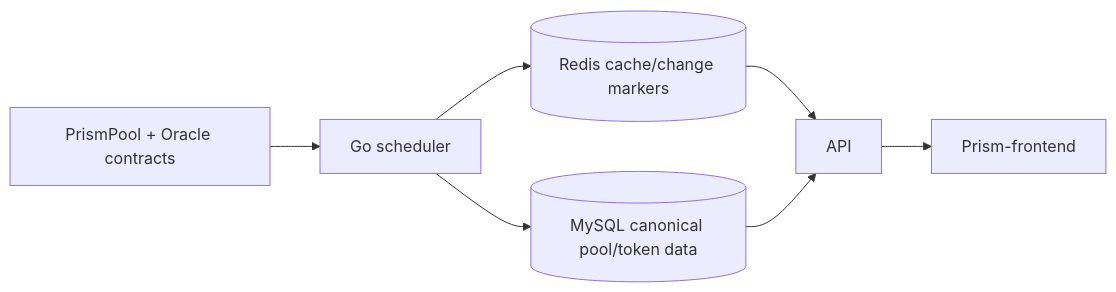
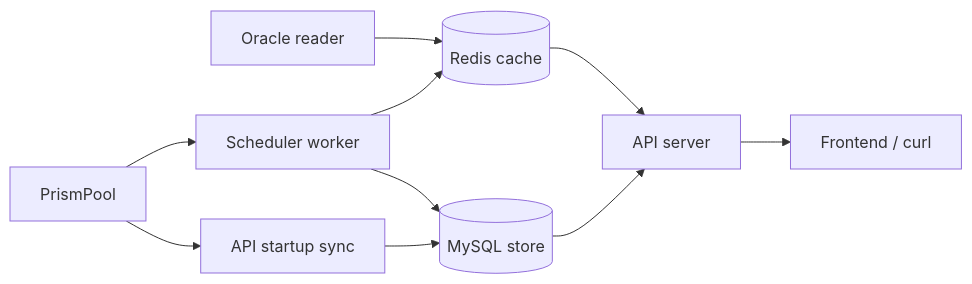
The diagram in backend/README.md (lancechuangdev/prism), drawn with Mermaid before and after one commit. The commit also changed other lines of this file and 5 other files, not shown here.

Commit message:
cache token prices using redis

````diff
--- a/backend/README.md
+++ b/backend/README.md
@@ -9,9 +9,12 @@
 ```mermaid
 flowchart LR
-  Contract[PrismPool + Oracle contracts] --> Scheduler[Go scheduler]
-  Scheduler --> MySQL[(MySQL canonical pool/token data)]
-  Scheduler --> Redis[(Redis cache/change markers)]
-  Redis --> API
-  MySQL --> API
-  API --> Frontend[Prism-frontend]
+  Contract[PrismPool] --> Scheduler[Scheduler worker]
+  Contract --> APIBootstrap[API startup sync]
+  Scheduler --> Store[(MySQL store)]
+  APIBootstrap --> Store
+  Price[Oracle reader] --> Cache[(Redis cache)]
+  Cache --> API[API server]
+  Scheduler --> Cache
+  Store --> API
+  API --> Frontend[Frontend / curl]
 ```
````
